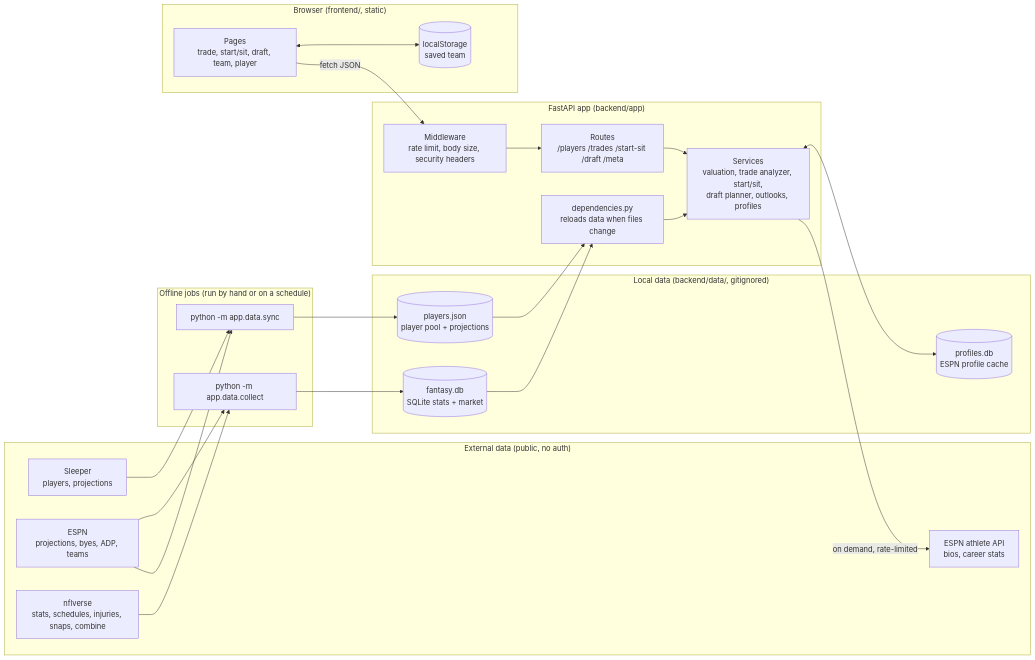
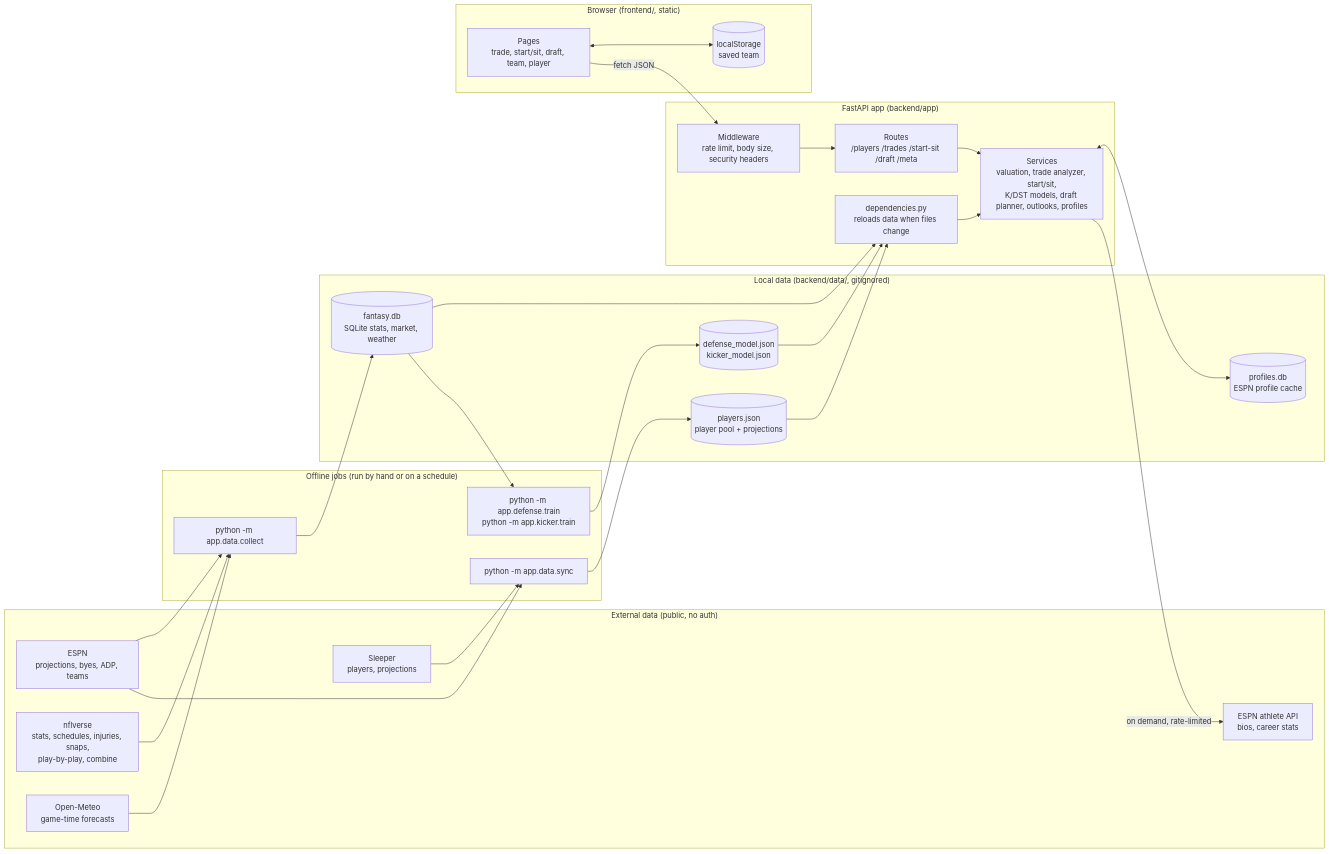
Before and after one commit to Cory585/Fantasy-Cheat-Code: the diagram in README.md, drawn with Mermaid. The commit also changed other lines of this file and 1 other file, not shown here.

Commit message:
Document the kicker and DST models, their backtests, and the training jobs

````diff
--- a/README.md
+++ b/README.md
@@ -16,50 +16,57 @@
 ```mermaid
 flowchart LR
     subgraph sources["External data (public, no auth)"]
         sleeper["Sleeper<br/>players, projections"]
         espn["ESPN<br/>projections, byes, ADP, teams"]
-        nflverse["nflverse<br/>stats, schedules, injuries, snaps, combine"]
+        nflverse["nflverse<br/>stats, schedules, injuries, snaps,<br/>play-by-play, combine"]
+        meteo["Open-Meteo<br/>game-time forecasts"]
         espnAth["ESPN athlete API<br/>bios, career stats"]
     end
 
     subgraph jobs["Offline jobs (run by hand or on a schedule)"]
         sync["python -m app.data.sync"]
         collect["python -m app.data.collect"]
+        train["python -m app.defense.train<br/>python -m app.kicker.train"]
     end
 
     subgraph store["Local data (backend/data/, gitignored)"]
         cache[("players.json<br/>player pool + projections")]
-        db[("fantasy.db<br/>SQLite stats + market")]
+        db[("fantasy.db<br/>SQLite stats, market, weather")]
+        models[("defense_model.json<br/>kicker_model.json")]
         profiles[("profiles.db<br/>ESPN profile cache")]
     end
 
     subgraph api["FastAPI app (backend/app)"]
         mw["Middleware<br/>rate limit, body size, security headers"]
         routes["Routes<br/>/players /trades /start-sit /draft /meta"]
         deps["dependencies.py<br/>reloads data when files change"]
-        services["Services<br/>valuation, trade analyzer, start/sit,<br/>draft planner, outlooks, profiles"]
+        services["Services<br/>valuation, trade analyzer, start/sit,<br/>K/DST models, draft planner, outlooks, profiles"]
     end
 
     subgraph web["Browser (frontend/, static)"]
         pages["Pages<br/>trade, start/sit, draft, team, player"]
         ls[("localStorage<br/>saved team")]
     end
 
     sleeper --> sync
     espn --> sync
     espn --> collect
     nflverse --> collect
+    meteo --> collect
     sync --> cache
     collect --> db
+    db --> train
+    train --> models
 
     cache --> deps
     db --> deps
+    models --> deps
     deps --> services
     routes --> services
     mw --> routes
     services -- "on demand, rate-limited" --> espnAth
     services <--> profiles
 
     pages -- "fetch JSON" --> mw
     pages <--> ls
 ```
````
